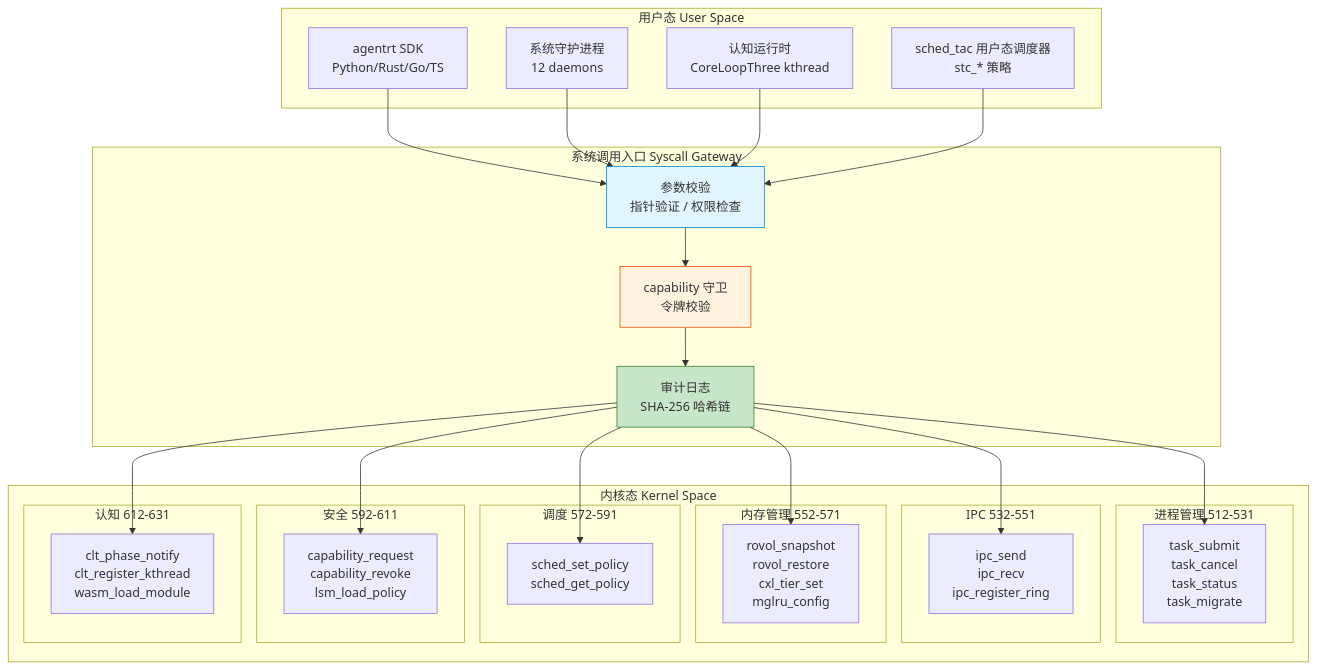
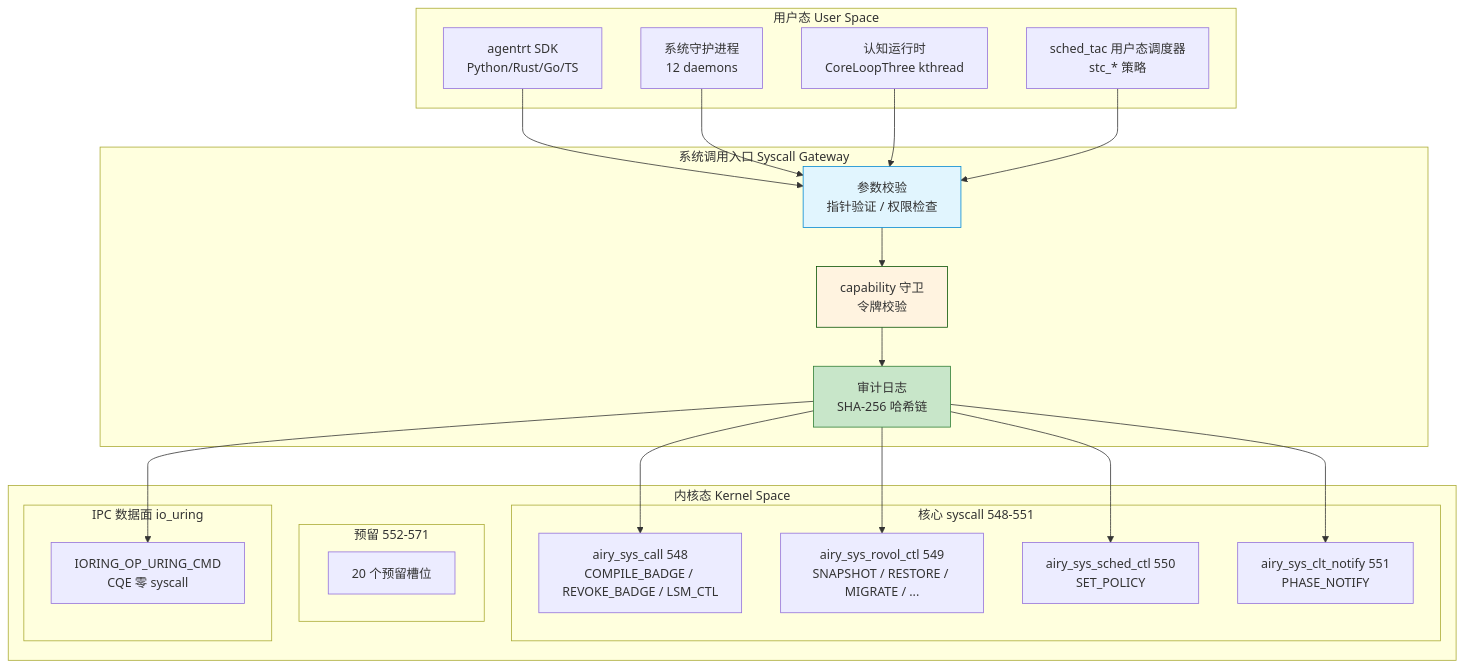
The third of 6 diagrams in 50-engineering-standards/20-contracts/contracts.md (openairymax/docs-linux), drawn with Mermaid before and after one commit. The commit also changed other lines of this file and 50 other files, not shown here.

Commit message:
docs: 更新全部文档以适配 v1.0.1 版本 Capability Folding 变更 本次更新覆盖所有相关文档，主要变更包括： 1. 统一系统调用编号段从 512-631 调整为 548-571 2. 替换废弃的独立 syscall 为统一的 airy_sys_call + op-dispatch 模型

````diff
--- a/50-engineering-standards/20-contracts/contracts.md
+++ b/50-engineering-standards/20-contracts/contracts.md
@@ -440,53 +440,46 @@
 ```mermaid
 graph TD
     subgraph "用户态 User Space"
         U1[agentrt SDK<br/>Python/Rust/Go/TS]
         U2[系统守护进程<br/>12 daemons]
         U3[认知运行时<br/>CoreLoopThree kthread]
         U4[sched_tac 用户态调度器<br/>stc_* 策略]
     end
 
     subgraph "系统调用入口 Syscall Gateway"
         G1[参数校验<br/>指针验证 / 权限检查]
         G2[capability 守卫<br/>令牌校验]
         G3[审计日志<br/>SHA-256 哈希链]
     end
 
     subgraph "内核态 Kernel Space"
-        subgraph "进程管理 512-531"
-            K1[task_submit<br/>task_cancel<br/>task_status<br/>task_migrate]
+        subgraph "核心 syscall 548-551"
+            K1[airy_sys_call 548<br/>COMPILE_BADGE / REVOKE_BADGE / LSM_CTL]
+            K2[airy_sys_rovol_ctl 549<br/>SNAPSHOT / RESTORE / MIGRATE / ...]
+            K3[airy_sys_sched_ctl 550<br/>SET_POLICY]
+            K4[airy_sys_clt_notify 551<br/>PHASE_NOTIFY]
         end
-        subgraph "IPC 532-551"
-            K2[ipc_send<br/>ipc_recv<br/>ipc_register_ring]
+        subgraph "预留 552-571"
+            K5[20 个预留槽位]
         end
-        subgraph "内存管理 552-571"
-            K3[rovol_snapshot<br/>rovol_restore<br/>cxl_tier_set<br/>mglru_config]
-        end
-        subgraph "调度 572-591"
-            K4[sched_set_policy<br/>sched_get_policy]
-        end
-        subgraph "安全 592-611"
-            K5[capability_request<br/>capability_revoke<br/>lsm_load_policy]
-        end
-        subgraph "认知 612-631"
-            K6[clt_phase_notify<br/>clt_register_kthread<br/>wasm_load_module]
+        subgraph "IPC 数据面 io_uring"
+            K6[IORING_OP_URING_CMD<br/>CQE 零 syscall]
         end
     end
 
     U1 --> G1
     U2 --> G1
     U3 --> G1
     U4 --> G1
     G1 --> G2
     G2 --> G3
     G3 --> K1
     G3 --> K2
     G3 --> K3
     G3 --> K4
-    G3 --> K5
     G3 --> K6
 
     style G1 fill:#e1f5fe,stroke:#0288d1
-    style G2 fill:#fff3e0,stroke:#e65100
+    style G2 fill:#fff3e0,stroke:#065100
     style G3 fill:#c8e6c9,stroke:#2e7d32
 ```
````
